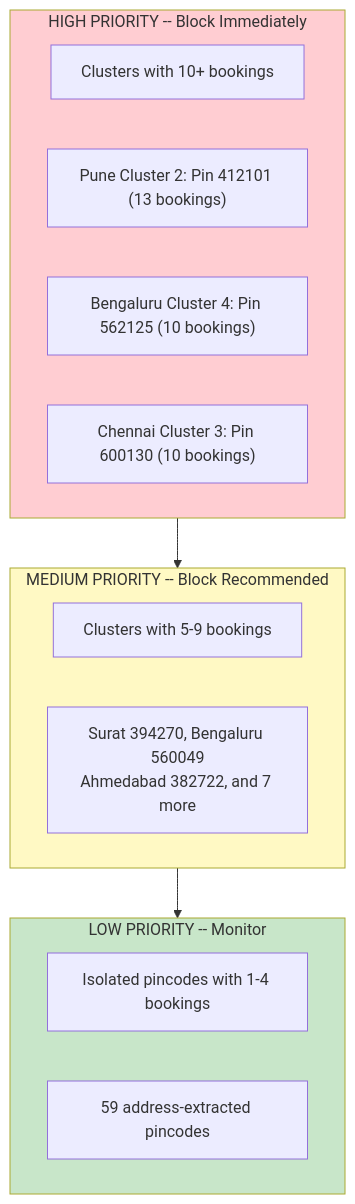
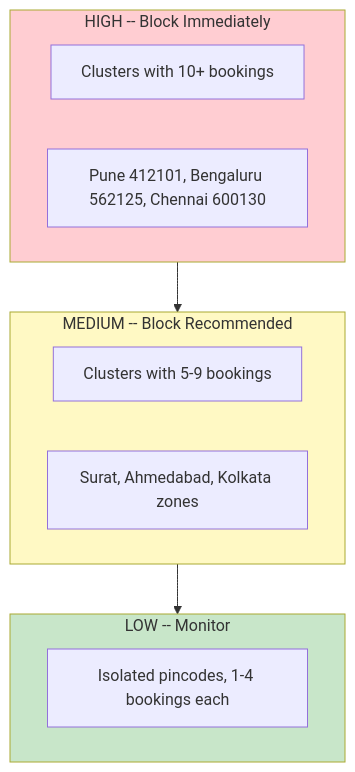
One commit to Raakshass/oox-outskirt-geoblocking-analysis changed the fifth of 5 diagrams in README.md. Above: the diagram before and after it, drawn with Mermaid. The commit also changed other lines of this file and 7 other files, not shown here.

````diff
--- a/README.md
+++ b/README.md
@@ -338,25 +191,22 @@
 ```mermaid
 graph TD
-    subgraph HIGH["HIGH PRIORITY -- Block Immediately"]
+    subgraph HIGH["HIGH -- Block Immediately"]
         H1["Clusters with 10+ bookings"]
-        H2["Pune Cluster 2: Pin 412101 (13 bookings)"]
-        H3["Bengaluru Cluster 4: Pin 562125 (10 bookings)"]
-        H4["Chennai Cluster 3: Pin 600130 (10 bookings)"]
+        H2["Pune 412101, Bengaluru 562125, Chennai 600130"]
     end
 
-    subgraph MEDIUM["MEDIUM PRIORITY -- Block Recommended"]
+    subgraph MEDIUM["MEDIUM -- Block Recommended"]
         M1["Clusters with 5-9 bookings"]
-        M2["Surat 394270, Bengaluru 560049<br/>Ahmedabad 382722, and 7 more"]
+        M2["Surat, Ahmedabad, Kolkata zones"]
     end
 
-    subgraph LOW["LOW PRIORITY -- Monitor"]
-        L1["Isolated pincodes with 1-4 bookings"]
-        L2["59 address-extracted pincodes"]
+    subgraph LOW["LOW -- Monitor"]
+        L1["Isolated pincodes, 1-4 bookings each"]
     end
 
     HIGH --> MEDIUM --> LOW
 
     style HIGH fill:#ffcdd2
     style MEDIUM fill:#fff9c4
     style LOW fill:#c8e6c9
 ```
````
